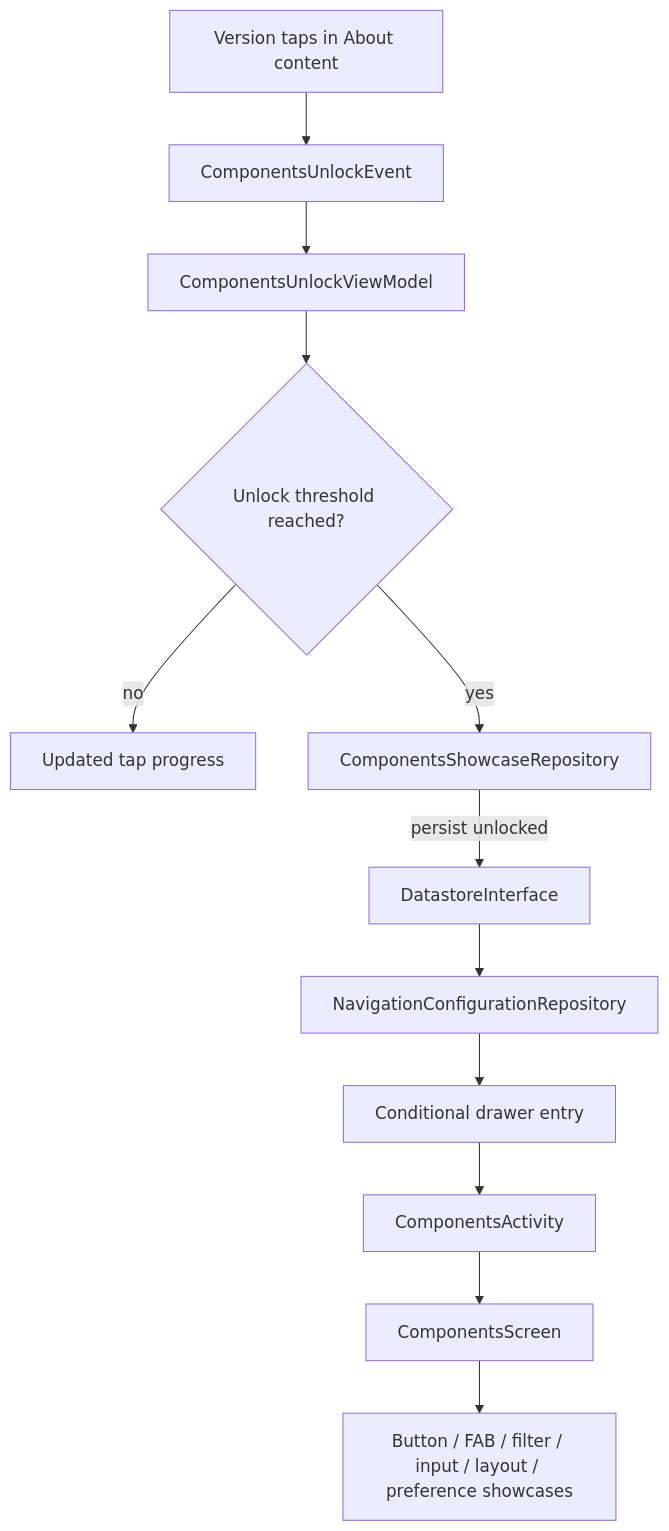
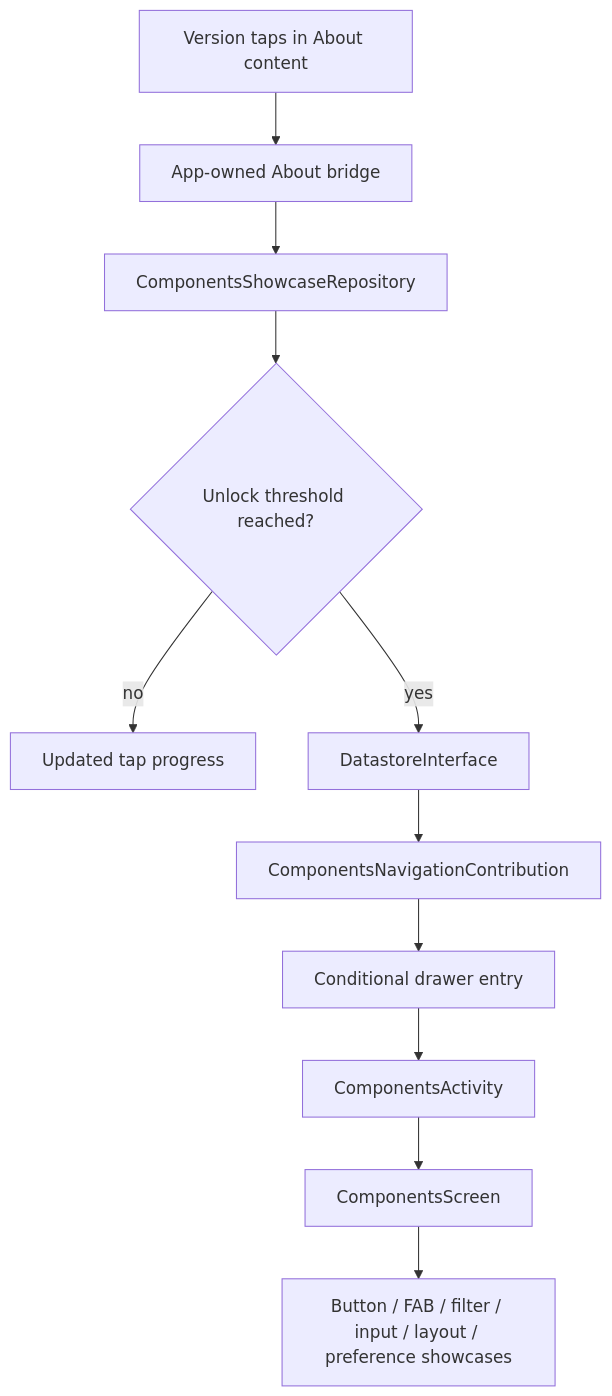
One commit to MihaiCristianCondrea/App-Toolkit-for-Android changed the diagram in sample/feature/components/README.md. Above: the diagram before and after it, drawn with Mermaid. The commit also changed other lines of this file and 223 other files, not shown here.

````diff
--- a/sample/feature/components/README.md
+++ b/sample/feature/components/README.md
@@ -32,14 +31,13 @@
 ```mermaid
 flowchart TD
-    About[Version taps in About content] --> Event[ComponentsUnlockEvent]
-    Event --> VM[ComponentsUnlockViewModel]
-    VM --> Counter{Unlock threshold reached?}
+    About[Version taps in About content] --> Bridge[App-owned About bridge]
+    Bridge --> Repo[ComponentsShowcaseRepository]
+    Repo --> Counter{Unlock threshold reached?}
     Counter -->|no| State[Updated tap progress]
-    Counter -->|yes| Repo[ComponentsShowcaseRepository]
-    Repo -->|persist unlocked| Store[DatastoreInterface]
-    Store --> Home[NavigationConfigurationRepository]
-    Home --> Drawer[Conditional drawer entry]
+    Counter -->|yes| Store[DatastoreInterface]
+    Store --> Contribution[ComponentsNavigationContribution]
+    Contribution --> Drawer[Conditional drawer entry]
     Drawer --> Activity[ComponentsActivity]
     Activity --> Screen[ComponentsScreen]
     Screen --> Sections[Button / FAB / filter / input / layout / preference showcases]
 ```
````
